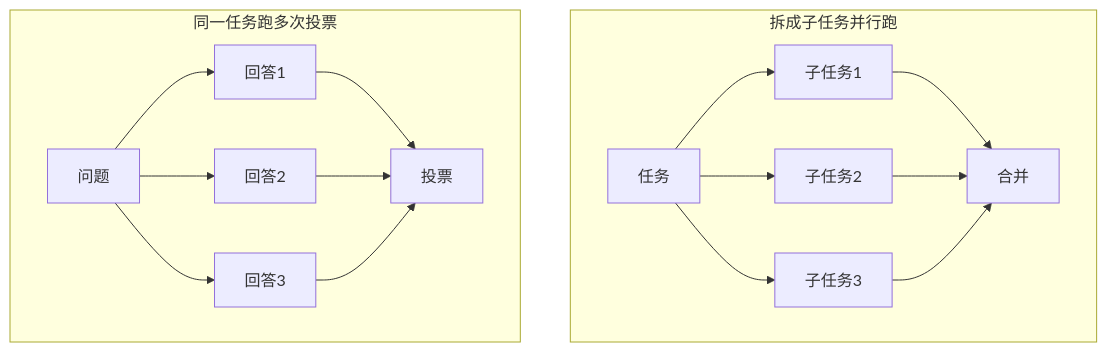
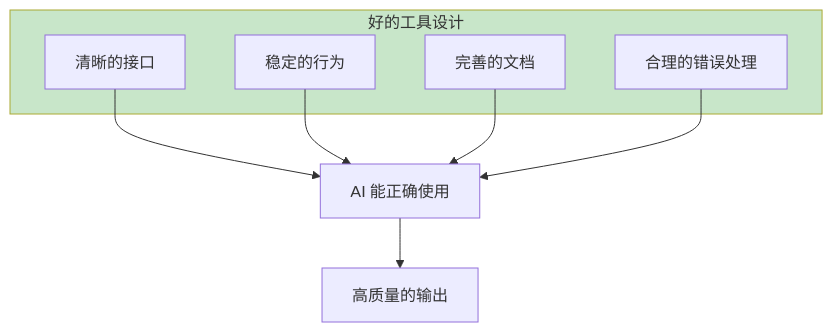
One commit to xavierxcn/xavierxcn changed the third of 3 diagrams in content/posts/building-effective-agents.md. Above: the diagram before and after it, drawn with Mermaid. The commit also changed other lines of this file, not shown here.

````diff
--- a/content/posts/building-effective-agents.md
+++ b/content/posts/building-effective-agents.md
@@ -107,20 +80,18 @@
 ```mermaid
 graph TD
-    subgraph 分段["拆成子任务并行跑"]
-        T["任务"] --> T1["子任务1"]
-        T --> T2["子任务2"]
-        T --> T3["子任务3"]
-        T1 --> M["合并"]
-        T2 --> M
-        T3 --> M
+    subgraph 好的工具["好的工具设计"]
+        T1["清晰的接口"]
+        T2["稳定的行为"]
+        T3["完善的文档"]
+        T4["合理的错误处理"]
     end
 
-    subgraph 投票["同一任务跑多次投票"]
-        Q["问题"] --> R1["回答1"]
-        Q --> R2["回答2"]
-        Q --> R3["回答3"]
-        R1 --> V["投票"]
-        R2 --> V
-        R3 --> V
-    end
+    T1 --> R["AI 能正确使用"]
+    T2 --> R
+    T3 --> R
+    T4 --> R
+
+    R --> O["高质量的输出"]
+
+    style 好的工具 fill:#c8e6c9
 ```
````
